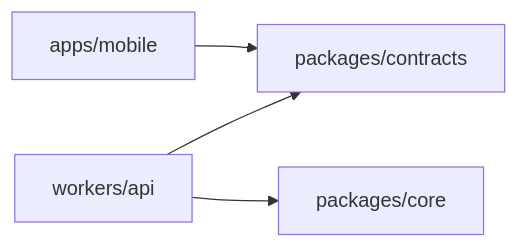
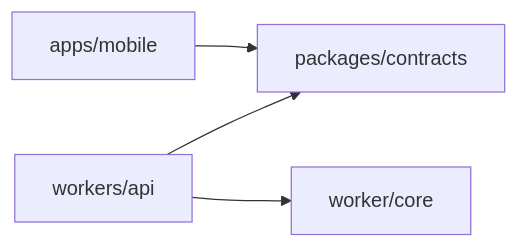
The first of 2 diagrams in docs/architecture.md (takapom/ima-app), drawn with Mermaid before and after one commit. The commit also changed other lines of this file and 74 other files, not shown here.

````diff
--- a/docs/architecture.md
+++ b/docs/architecture.md
@@ -7,6 +7,6 @@
 ```mermaid
 flowchart LR
   Mobile[apps/mobile] --> Contracts[packages/contracts]
   Worker[workers/api] --> Contracts
-  Worker --> Core[packages/core]
+  Worker --> Core[worker/core]
 ```
````
